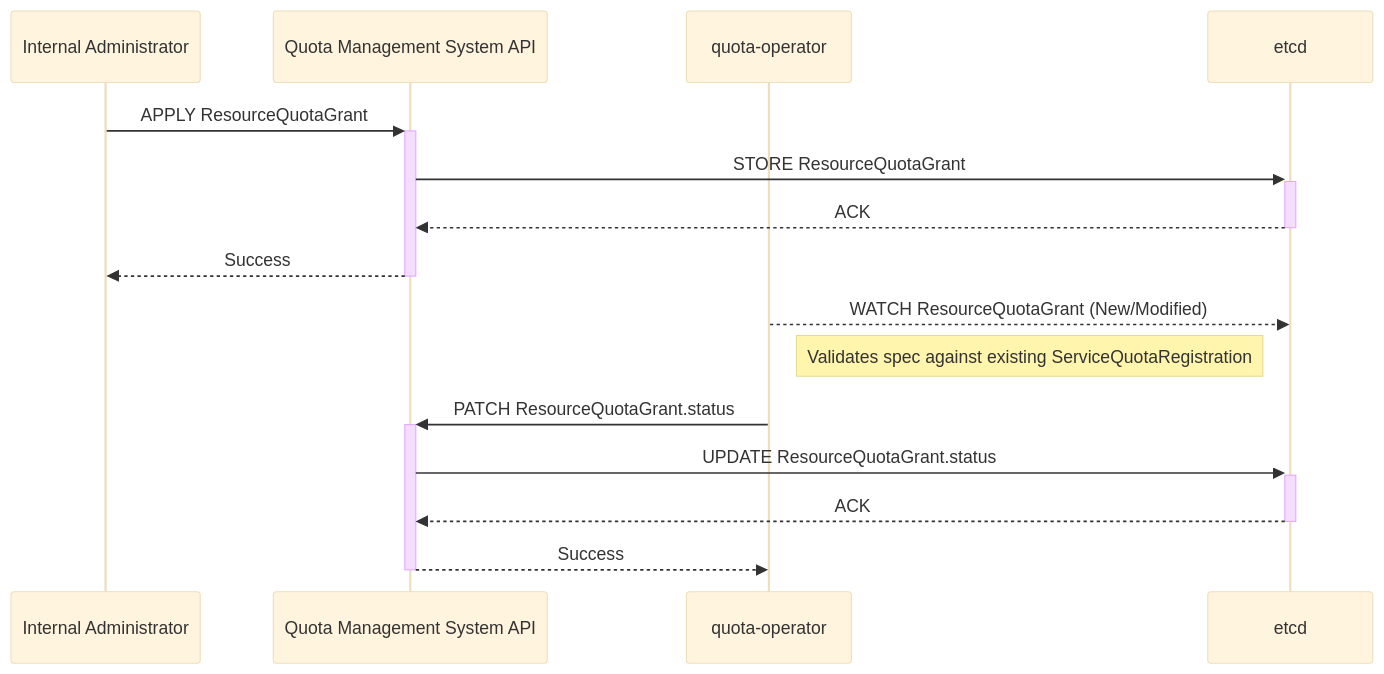
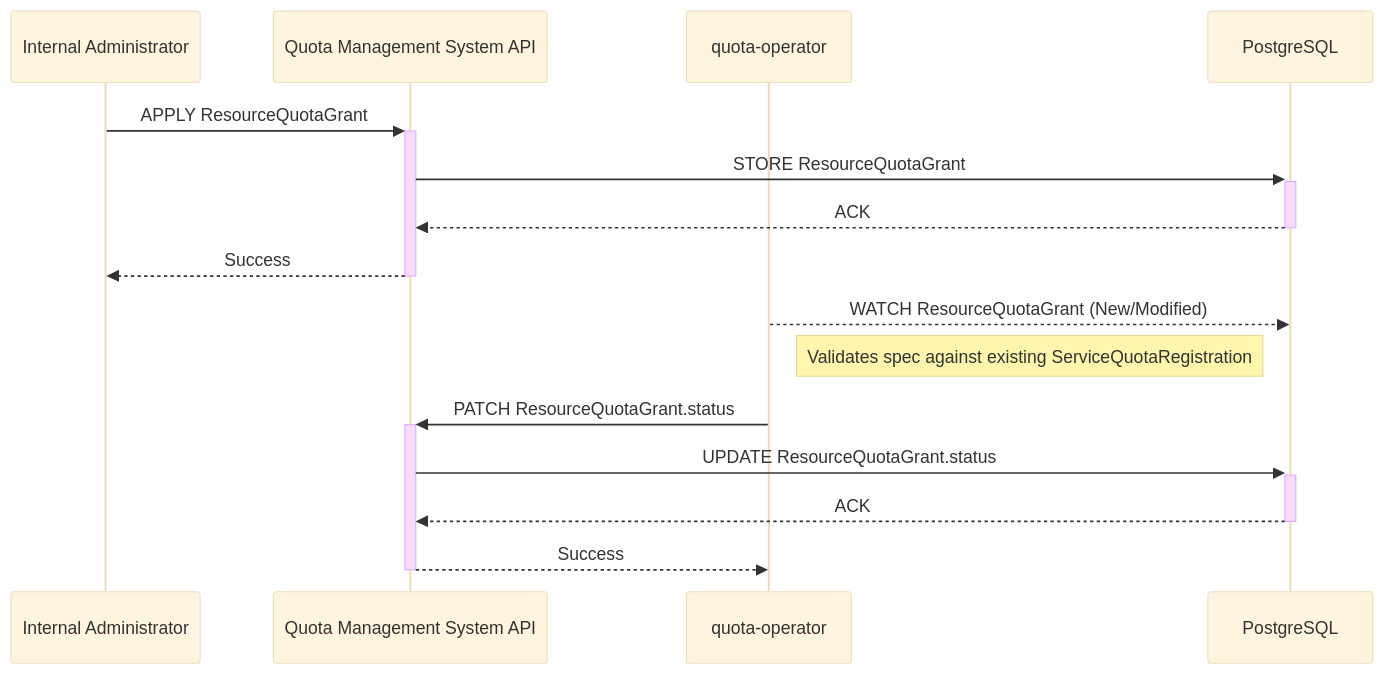
Before and after one commit to datum-cloud/enhancements: the fourth of 6 diagrams in enhancements/platform/quota-management/README.md, drawn with Mermaid (base theme). The commit also changed other lines of this file, not shown here.

Commit message:
enh(quota): addresses various key feedback

````diff
--- a/enhancements/platform/quota-management/README.md
+++ b/enhancements/platform/quota-management/README.md
@@ -1330,20 +1357,20 @@
 ```mermaid
 %% Sequence Diagram - Prerequisite 2: Defining Resource Quota Limits
 sequenceDiagram
     participant Admin as Internal Administrator
     participant QuotaAPI as Quota Management System API
     participant QuotaOperator as quota-operator
-    participant Etcd as etcd
+    participant DB as PostgreSQL
 
     Admin->>+QuotaAPI: APPLY ResourceQuotaGrant
-    QuotaAPI->>+Etcd: STORE ResourceQuotaGrant
-    Etcd-->>-QuotaAPI: ACK
+    QuotaAPI->>+DB: STORE ResourceQuotaGrant
+    DB-->>-QuotaAPI: ACK
     QuotaAPI-->>-Admin: Success
 
-    QuotaOperator-->>Etcd: WATCH ResourceQuotaGrant (New/Modified)
+    QuotaOperator-->>DB: WATCH ResourceQuotaGrant (New/Modified)
     note right of QuotaOperator: Validates spec against existing ServiceQuotaRegistration
     QuotaOperator->>+QuotaAPI: PATCH ResourceQuotaGrant.status
-    QuotaAPI->>+Etcd: UPDATE ResourceQuotaGrant.status
-    Etcd-->>-QuotaAPI: ACK
+    QuotaAPI->>+DB: UPDATE ResourceQuotaGrant.status
+    DB-->>-QuotaAPI: ACK
     QuotaAPI-->>-QuotaOperator: Success
 ```
````
